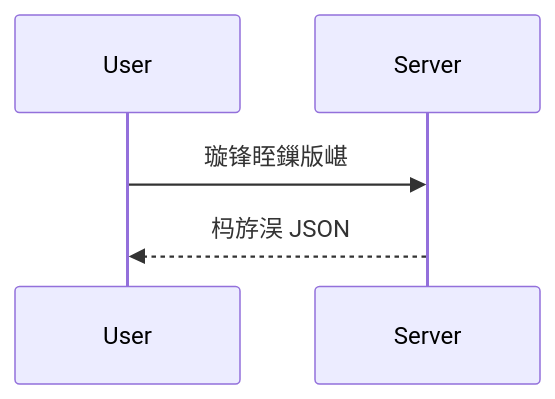
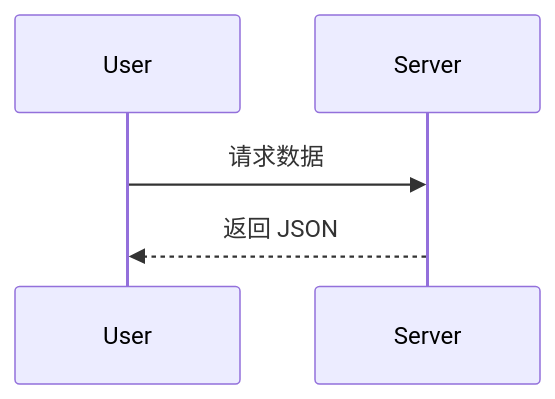
The second of 4 diagrams in markdown-tips.md (22ABLE22/awesome-markdown-tips), drawn with Mermaid before and after one commit. The commit also changed other lines of this file and 5 other files, not shown here.

````diff
--- a/markdown-tips.md
+++ b/markdown-tips.md
@@ -186,7 +209,7 @@
 ```mermaid
 sequenceDiagram
     participant U as User
     participant S as Server
-    U->>S: 璇锋眰鏁版嵁
-    S-->>U: 杩斿洖 JSON
+    U->>S: 请求数据
+    S-->>U: 返回 JSON
 ```
````
